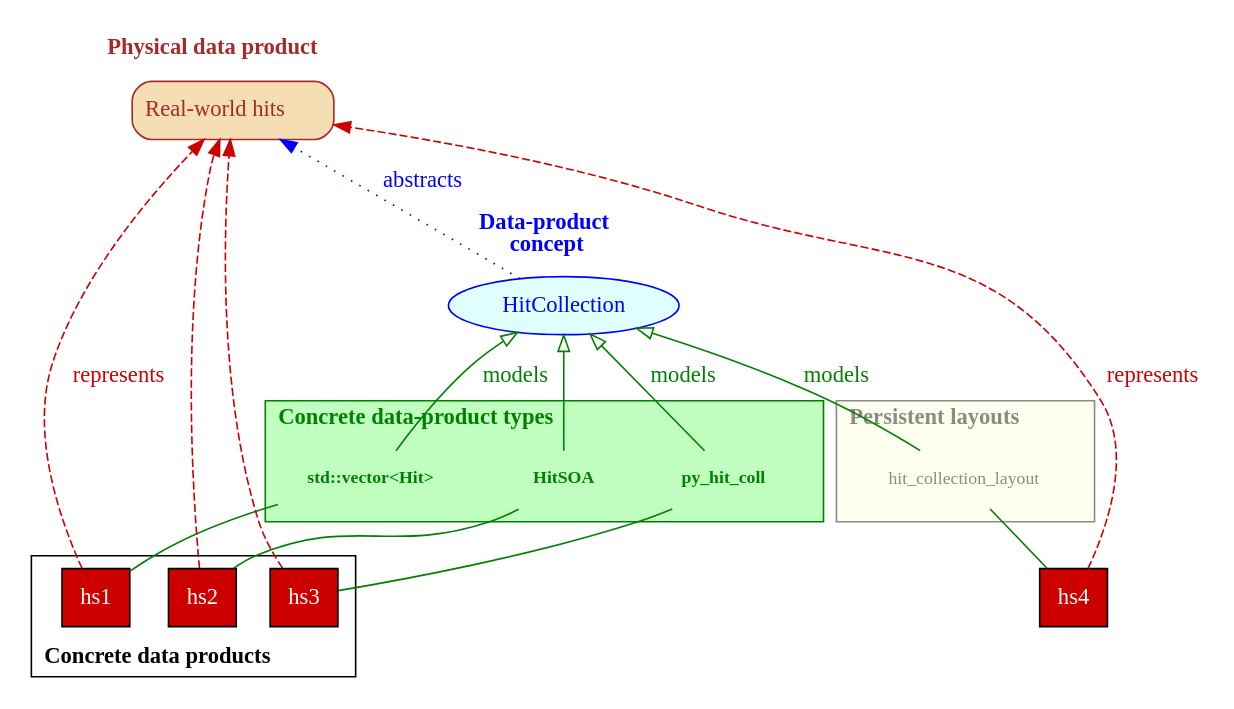
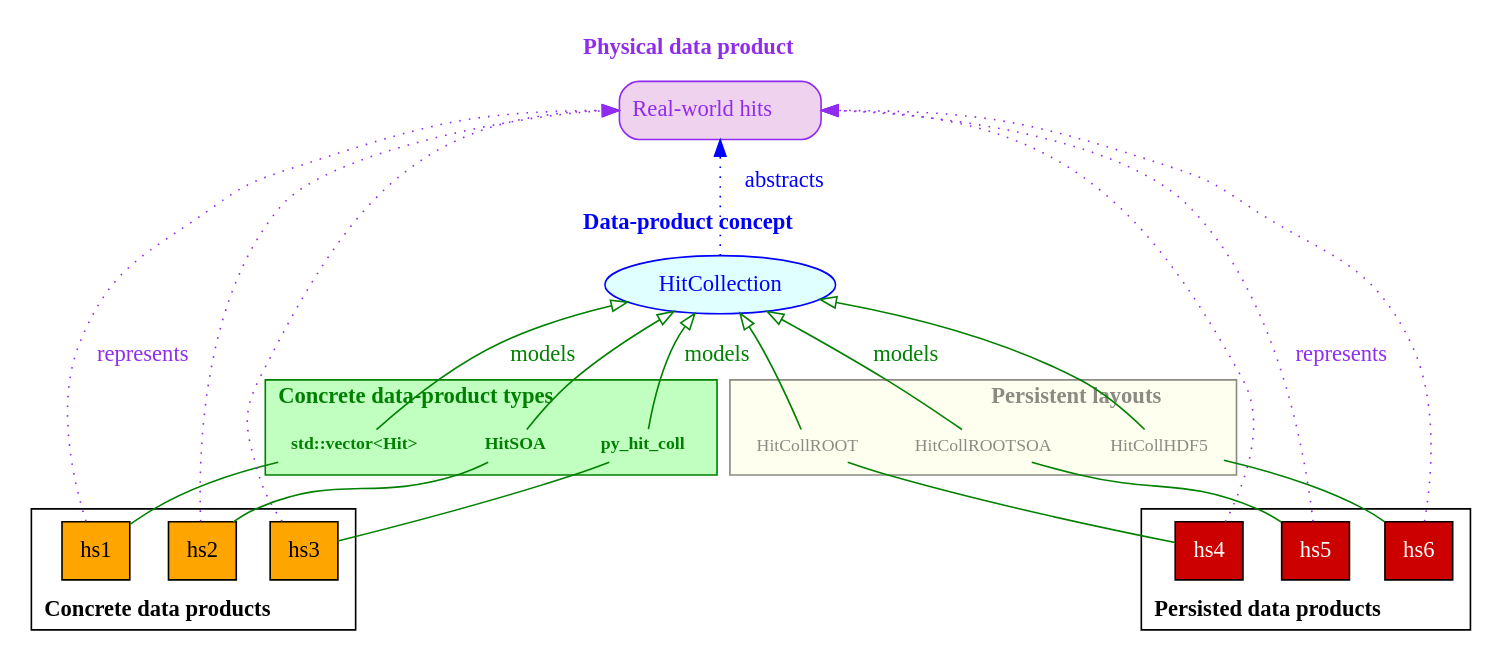
The diagram in doc/ch_conceptual_design/data-products.gv (Framework-R-D/phlex-design), drawn with Graphviz before and after one commit.

Commit message:
Update data-product diagram based on further discussion

```diff
--- a/doc/ch_conceptual_design/data-products.gv
+++ b/doc/ch_conceptual_design/data-products.gv
@@ -1,89 +1,106 @@
 digraph {
   node [shape="box" style="filled,rounded"]
   rankdir=BT
 
   subgraph cluster_physical {
     label=<<b>Physical data product</b>>
     labelloc="b"
     color="none"
-    fontcolor="brown"
-    real_world_hits [label=<Real-world hits>, fillcolor="wheat", color="brown", fontcolor="brown"]
+    fontcolor="purple2"
+    real_world_hits [label=<Real-world hits>, fillcolor="thistle2", color="purple2", fontcolor="purple2"]
   }
 
   subgraph cluster_concept {
     labelloc="b"
     fontcolor="blue"
     color="none"
-    label=<<b>Data-product<br/> concept</b>>
+    label=<<b>Data-product concept</b>>
     hits [label="HitCollection", shape="ellipse", fillcolor="lightcyan", fontcolor="blue", color="blue"]
   }
 
-  hits -> real_world_hits [style="dotted", label="abstracts", color="blue", fontcolor="blue"]
+  hits -> real_world_hits [style="dotted", label="  abstracts", color="blue", fontcolor="blue"]
 
   subgraph cluster_concrete {
     labelloc="b"
     labeljust="l"
     label=<<b>Concrete data-product types</b>>
     color="webgreen"
     fontcolor="webgreen"
     style="filled"
     fillcolor="darkseagreen1";
-    node[style="plaintext",
+    node[shape="plaintext",
+         style="solid",
          peripheries=0,
-         margin="0.25,0",
+         width=0.01,
+         height=0.02,
          fontname="Monaco",
          fontsize=11,
          fontcolor="webgreen"]
 
     std_vector [label=<<b>std::vector&lt;Hit&gt;</b>>]
     hit_coll [label=<<b>HitSOA</b>>]
-    py_hit_coll [label=<<b>py_hit_coll  </b>>]
+    py_hit_coll [label=<<b>py_hit_coll</b>>]
   }
 
   subgraph cluster_persistent {
     labelloc="b"
     labeljust="r"
     label=<<b>Persistent layouts</b>>
     color="ivory4"
     fontcolor="ivory4"
     style="filled"
     fillcolor="ivory1"
-    node[style="plaintext",
+    node[shape="plaintext",
+         style="solid",
          peripheries=0,
-         margin="0.25,0",
+         width=0.01,
+         height=0.02,
          fontname="Monaco",
          fontsize=11,
          fontcolor="ivory4"]
-    hit_collection_layout
+    HitCollROOT
+    HitCollROOTSOA
+    HitCollHDF5
   }
 
-  subgraph cluster_object {
-
+  subgraph cluster_concrete_objects {
     labeljust="l"
     label=<<b>Concrete data products</b>>
     color=black
-    node [style="box", width=0.1, style="filled", fontcolor="white", fillcolor="red3"]
+    node [style="box", width=0.1, style="filled", fillcolor="orange"]
 
     hs1; hs2; hs3;
   }
-  hs4 [style="box", width=0.1, style="filled", fontcolor="white", fillcolor="red3"]
+
+  subgraph cluster_persistent_objects {
+    labeljust="l"
+    label=<<b>Persisted data products</b>>
+    node [style="box", width=0.1, style="filled", fontcolor="white", fillcolor="red3"]
+    hs4; hs6; hs5;
+  }
 
 
-  edge [style="dashed", arrowhead="normal", color="red3", fontcolor="red3"]
-  hs1 -> real_world_hits [label=" represents"];
-  hs2 -> real_world_hits;
-  hs3 -> real_world_hits;
-  hs4 -> real_world_hits [label="represents"];
+  edge [style="dotted", arrowhead="normal", color="purple2", fontcolor="purple2"]
+  hs1 -> real_world_hits:w [label="represents"];
+  hs2 -> real_world_hits:w;
+  hs3 -> real_world_hits:w;
+  hs4 -> real_world_hits:e;
+  hs5 -> real_world_hits:e [label="represents"];
+  hs6 -> real_world_hits:e;
 
-  edge [style="normal", arrowhead="empty", color="webgreen", fontcolor="webgreen"]
+  edge [style="solid", arrowhead="empty", color="webgreen", fontcolor="webgreen"]
   std_vector -> hits [label="models"];
   hit_coll -> hits;
   py_hit_coll -> hits [label="models"];
-  hit_collection_layout -> hits [label="models"];
+  HitCollROOT -> hits;
+  HitCollROOTSOA -> hits [label="models"];
+  HitCollHDF5 -> hits;
 
   edge [arrowhead="none", color="webgreen"]
   hs1 -> std_vector
   hs2 -> hit_coll
   hs3 -> py_hit_coll;
-  hs4 -> hit_collection_layout;
+  hs4 -> HitCollROOT;
+  hs5 -> HitCollROOTSOA;
+  hs6 -> HitCollHDF5;
 }
```
